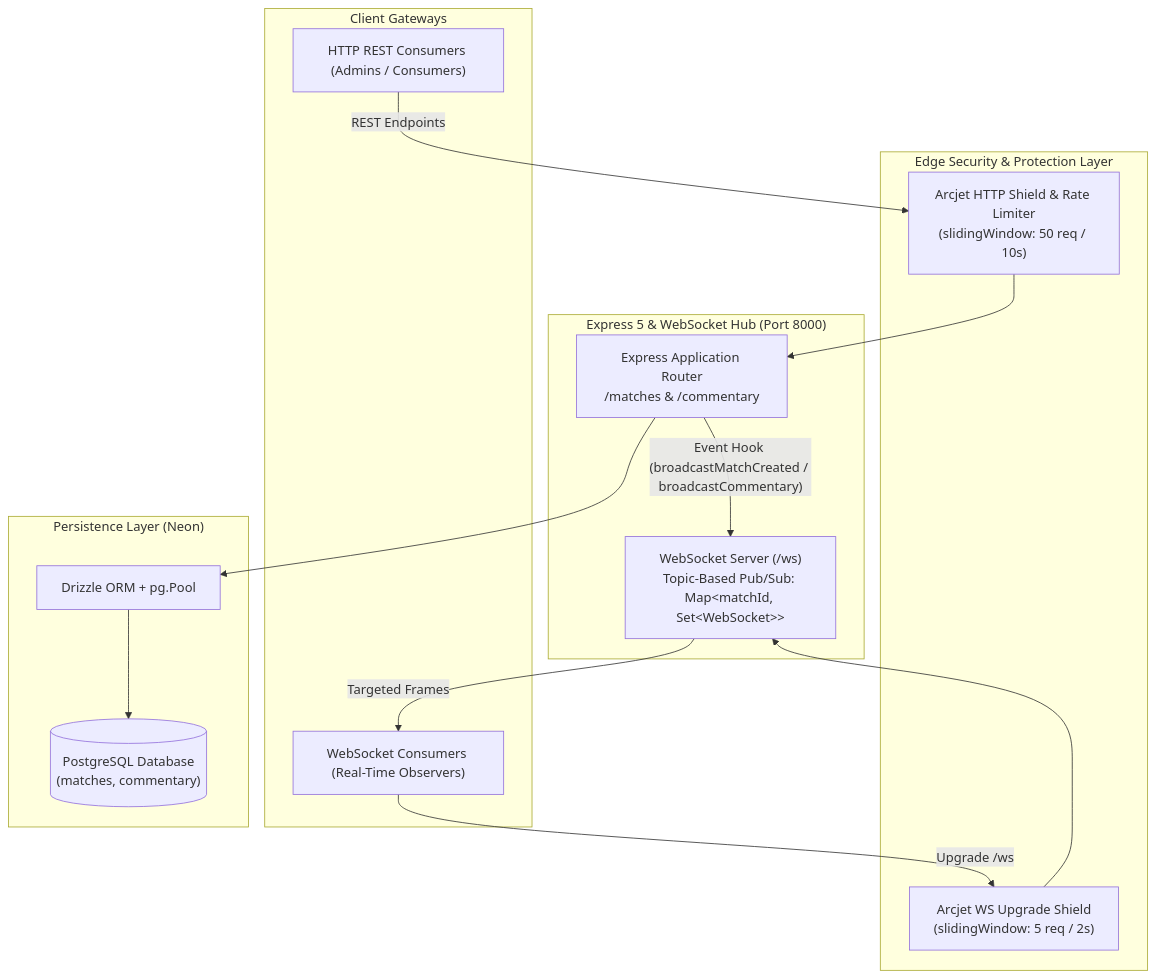
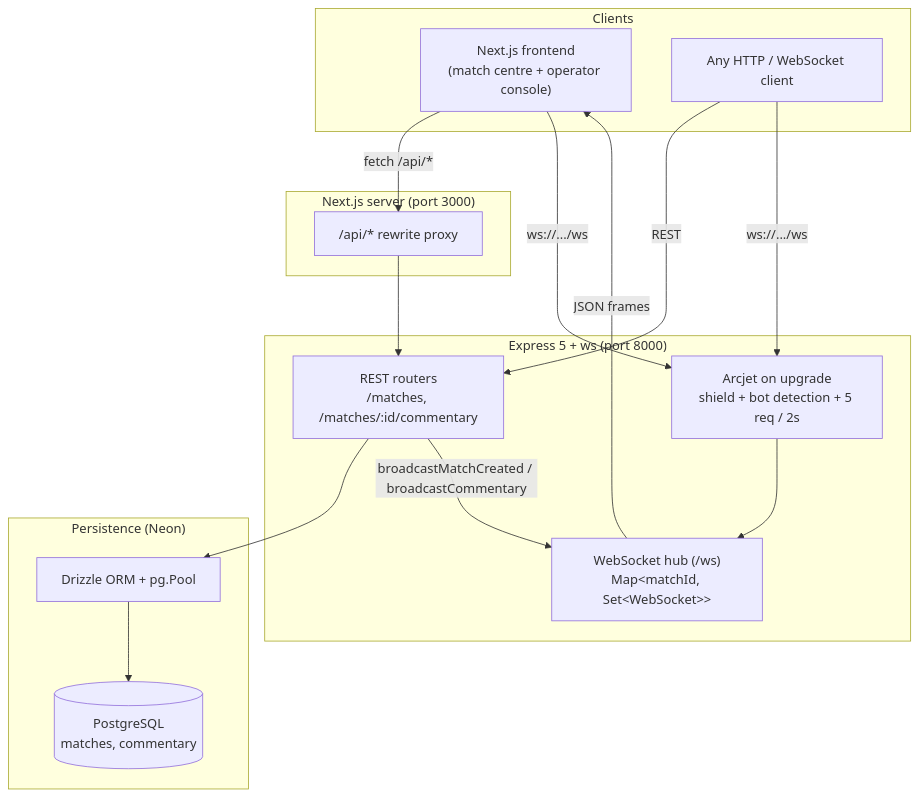
The first of 2 diagrams in README.md (Navraj86/sportz-websockets), drawn with Mermaid before and after one commit. The commit also changed other lines of this file, not shown here.

First line of the commit message:
docs: update README to match current codebase

````diff
--- a/README.md
+++ b/README.md
@@ -37,29 +41,32 @@
 ```mermaid
 flowchart TD
-    subgraph Clients["Client Gateways"]
-        RESTClient["HTTP REST Consumers (Admins / Consumers)"]
-        WSClient["WebSocket Consumers (Real-Time Observers)"]
+    subgraph Clients["Clients"]
+        Web["Next.js frontend<br/>(match centre + operator console)"]
+        Other["Any HTTP / WebSocket client"]
     end
 
-    subgraph Security["Edge Security & Protection Layer"]
-        ArcjetHTTP["Arcjet HTTP Shield & Rate Limiter<br/>(slidingWindow: 50 req / 10s)"]
-        ArcjetWS["Arcjet WS Upgrade Shield<br/>(slidingWindow: 5 req / 2s)"]
+    subgraph Next["Next.js server (port 3000)"]
+        Proxy["/api/* rewrite proxy"]
     end
 
-    subgraph CoreEngine["Express 5 & WebSocket Hub (Port 8000)"]
-        ExpressApp["Express Application Router<br/>/matches & /commentary"]
-        WSServer["WebSocket Server (/ws)<br/>Topic-Based Pub/Sub: Map&lt;matchId, Set&lt;WebSocket&gt;&gt;"]
+    subgraph Backend["Express 5 + ws (port 8000)"]
+        ExpressApp["REST routers<br/>/matches, /matches/:id/commentary"]
+        ArcjetWS["Arcjet on upgrade<br/>shield + bot detection + 5 req / 2s"]
+        WSServer["WebSocket hub (/ws)<br/>Map&lt;matchId, Set&lt;WebSocket&gt;&gt;"]
     end
 
-    subgraph Database["Persistence Layer (Neon)"]
+    subgraph Database["Persistence (Neon)"]
         Drizzle["Drizzle ORM + pg.Pool"]
-        Postgres[("PostgreSQL Database<br/>(matches, commentary)")]
+        Postgres[("PostgreSQL<br/>matches, commentary")]
     end
 
-    RESTClient -- "REST Endpoints" --> ArcjetHTTP --> ExpressApp
-    WSClient -- "Upgrade /ws" --> ArcjetWS --> WSServer
+    Web -- "fetch /api/*" --> Proxy --> ExpressApp
+    Other -- "REST" --> ExpressApp
+    Web -- "ws://.../ws" --> ArcjetWS
+    Other -- "ws://.../ws" --> ArcjetWS
+    ArcjetWS --> WSServer
 
     ExpressApp --> Drizzle --> Postgres
-    ExpressApp -- "Event Hook (broadcastMatchCreated / broadcastCommentary)" --> WSServer
-    WSServer -- "Targeted Frames" --> WSClient
+    ExpressApp -- "broadcastMatchCreated / broadcastCommentary" --> WSServer
+    WSServer -- "JSON frames" --> Web
 ```
````
